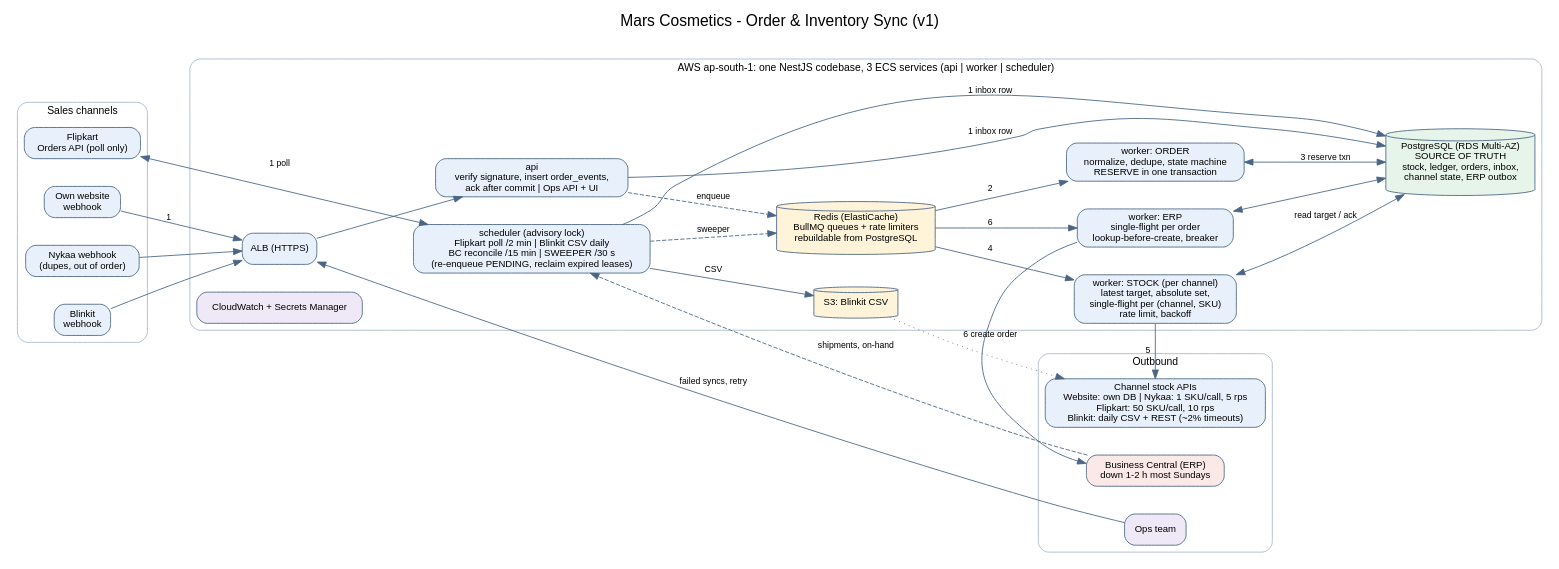
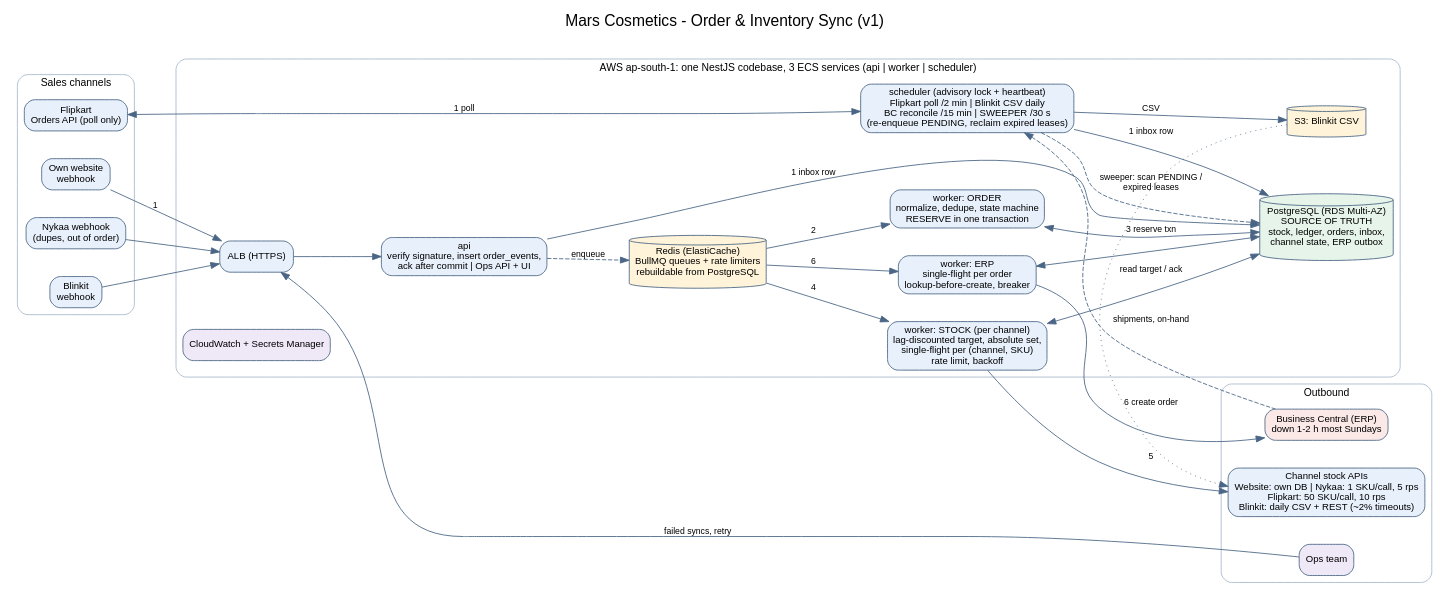
One commit to ashut0sh75/mars-order-inventory-sync changed the diagram in architecture.dot. Above: the diagram before and after it, drawn with Graphviz. The commit also changed 4 other files, not shown here.

```diff
--- a/architecture.dot
+++ b/architecture.dot
@@ -1,40 +1,40 @@
 digraph G {
-  rankdir=LR; splines=true; nodesep=0.45; ranksep=0.8; fontname="Helvetica";
-  node [shape=box, style="rounded,filled", fontname="Helvetica", fontsize=11, fillcolor="#E8F0FB", color="#4A6585"];
-  edge [fontname="Helvetica", fontsize=10, color="#4A6585"];
+  rankdir=LR; splines=true; nodesep=0.45; ranksep=0.8; fontname="Arial";
+  node [shape=box, style="rounded,filled", fontname="Arial", fontsize=11, fillcolor="#E8F0FB", color="#4A6585"];
+  edge [fontname="Arial", fontsize=10, color="#4A6585"];
   labelloc=t; fontsize=18; label="Mars Cosmetics - Order & Inventory Sync (v1)\n ";
 
   subgraph cluster_ch { label="Sales channels"; style="rounded"; color="#A9B8CC"; fontsize=12;
     WEB [label="Own website\nwebhook"]; NYK [label="Nykaa webhook\n(dupes, out of order)"];
     BLK [label="Blinkit\nwebhook"]; FLK [label="Flipkart\nOrders API (poll only)"]; }
 
   subgraph cluster_aws { label="AWS ap-south-1: one NestJS codebase, 3 ECS services (api | worker | scheduler)"; style="rounded"; color="#A9B8CC"; fontsize=12;
     ALB [label="ALB (HTTPS)"];
     API [label="api\nverify signature, insert order_events,\nack after commit | Ops API + UI"];
-    SCH [label="scheduler (advisory lock)\nFlipkart poll /2 min | Blinkit CSV daily\nBC reconcile /15 min | SWEEPER /30 s\n(re-enqueue PENDING, reclaim expired leases)"];
+    SCH [label="scheduler (advisory lock + heartbeat)\nFlipkart poll /2 min | Blinkit CSV daily\nBC reconcile /15 min | SWEEPER /30 s\n(re-enqueue PENDING, reclaim expired leases)"];
     RED [label="Redis (ElastiCache)\nBullMQ queues + rate limiters\nrebuildable from PostgreSQL", shape=cylinder, fillcolor="#FFF3D9"];
     PG [label="PostgreSQL (RDS Multi-AZ)\nSOURCE OF TRUTH\nstock, ledger, orders, inbox,\nchannel state, ERP outbox", shape=cylinder, fillcolor="#E6F4EA"];
     ORD [label="worker: ORDER\nnormalize, dedupe, state machine\nRESERVE in one transaction"];
-    PUSH [label="worker: STOCK (per channel)\nlatest target, absolute set,\nsingle-flight per (channel, SKU)\nrate limit, backoff"];
+    PUSH [label="worker: STOCK (per channel)\nlag-discounted target, absolute set,\nsingle-flight per (channel, SKU)\nrate limit, backoff"];
     ERPW [label="worker: ERP\nsingle-flight per order\nlookup-before-create, breaker"];
     S3 [label="S3: Blinkit CSV", shape=cylinder, fillcolor="#FFF3D9"];
     CW [label="CloudWatch + Secrets Manager", fillcolor="#EFE8F7"];
   }
 
   subgraph cluster_out { label="Outbound"; style="rounded"; color="#A9B8CC"; fontsize=12;
     CH [label="Channel stock APIs\nWebsite: own DB | Nykaa: 1 SKU/call, 5 rps\nFlipkart: 50 SKU/call, 10 rps\nBlinkit: daily CSV + REST (~2% timeouts)"];
     BC [label="Business Central (ERP)\ndown 1-2 h most Sundays", fillcolor="#FBE9E7"];
     OPS [label="Ops team", fillcolor="#EFE8F7"]; }
 
   WEB -> ALB [label="1"]; NYK -> ALB; BLK -> ALB; ALB -> API;
   FLK -> SCH [label="1 poll", dir=both];
   API -> PG [label="1 inbox row"]; SCH -> PG [label="1 inbox row"];
   API -> RED [label="enqueue", style=dashed];
   RED -> ORD [label="2"]; ORD -> PG [label="3 reserve txn", dir=both];
   RED -> PUSH [label="4"]; PUSH -> PG [label="read target / ack", dir=both]; PUSH -> CH [label="5"];
   RED -> ERPW [label="6"]; ERPW -> PG [dir=both]; ERPW -> BC [label="6 create order"];
   SCH -> S3 [label="CSV"]; S3 -> CH [style=dotted];
   BC -> SCH [label="shipments, on-hand", style=dashed];
   OPS -> ALB [label="failed syncs, retry"];
-  SCH -> RED [label="sweeper", style=dashed];
+  SCH -> PG [label="sweeper: scan PENDING /\nexpired leases", style=dashed];
 }
```
